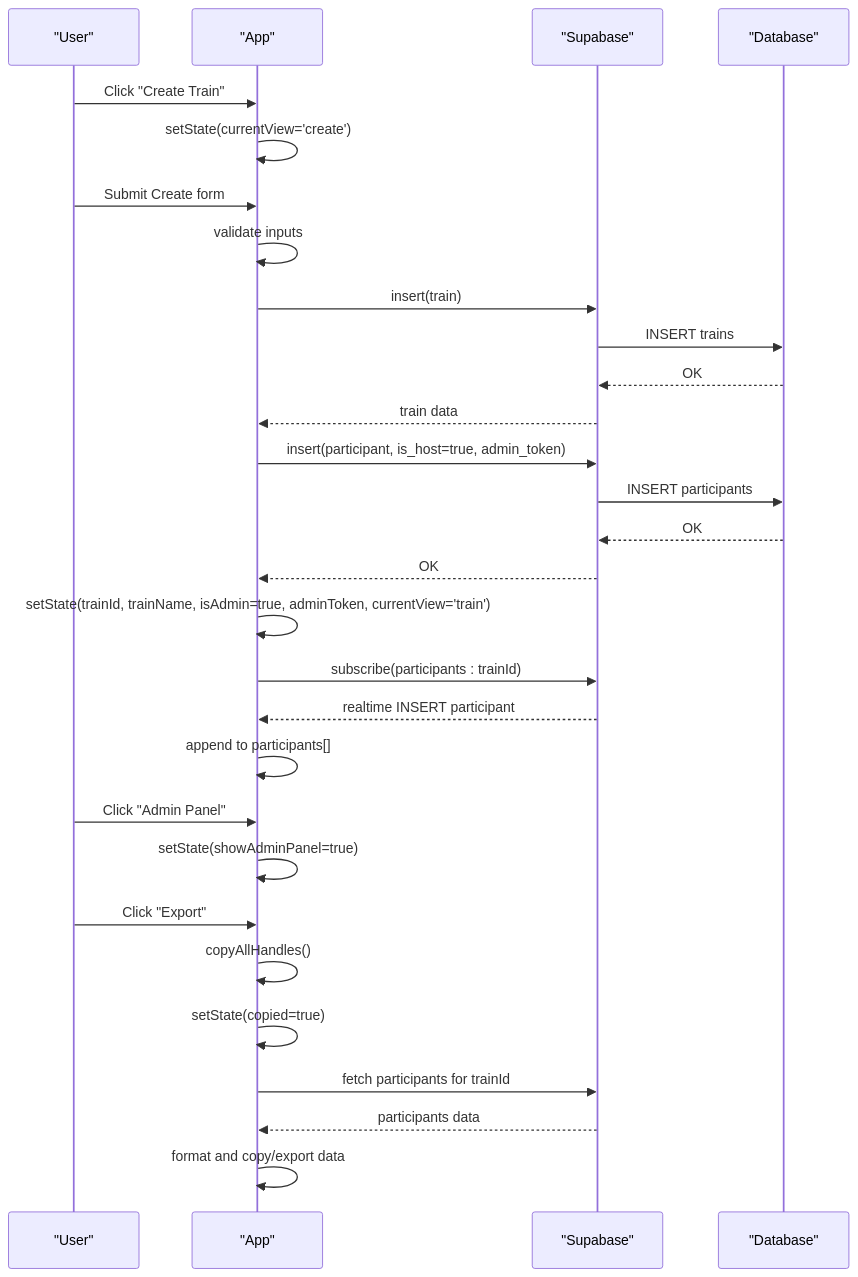
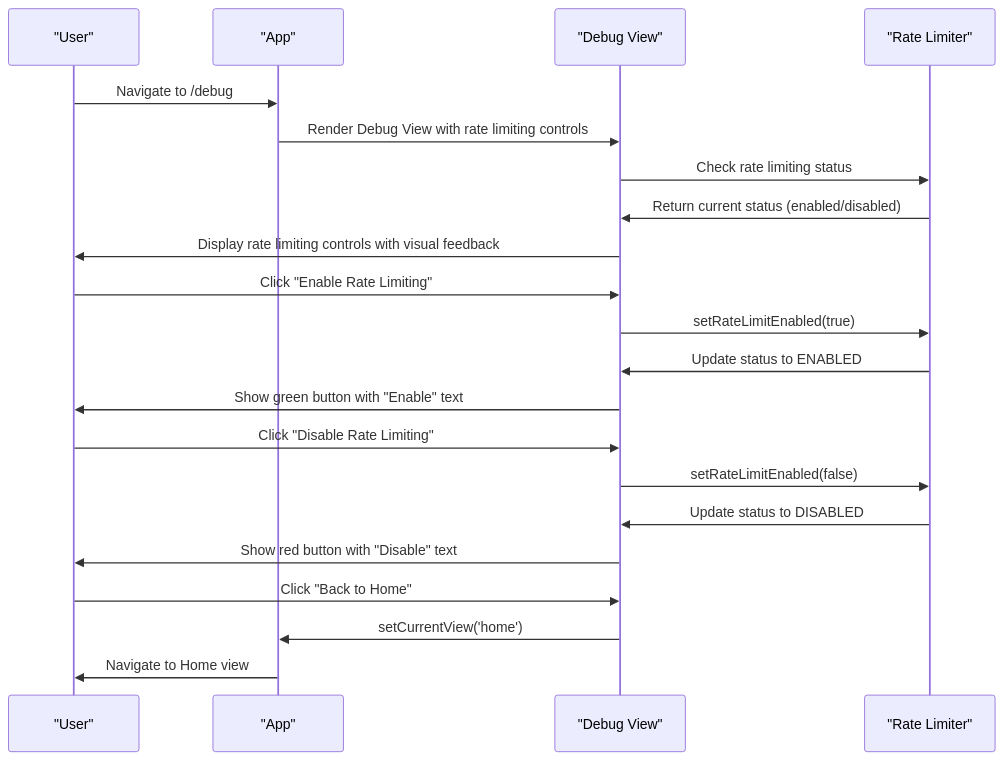
The second of 4 diagrams in .qoder/repowiki/en/content/User Interface & Components.md (TheBooleanJulian/followtrain-v2), drawn with Mermaid before and after one commit. The commit also changed other lines of this file and 202 other files, not shown here.

Commit message:
Implement admin token persistence and recovery system

````diff
--- a/.qoder/repowiki/en/content/User Interface & Components.md
+++ b/.qoder/repowiki/en/content/User Interface & Components.md
@@ -101,31 +132,23 @@
 ```mermaid
 sequenceDiagram
 participant U as "User"
 participant A as "App"
-participant S as "Supabase"
-participant D as "Database"
-U->>A : Click "Create Train"
-A->>A : setState(currentView='create')
-U->>A : Submit Create form
-A->>A : validate inputs
-A->>S : insert(train)
-S->>D : INSERT trains
-D-->>S : OK
-S-->>A : train data
-A->>S : insert(participant, is_host=true, admin_token)
-S->>D : INSERT participants
-D-->>S : OK
-S-->>A : OK
-A->>A : setState(trainId, trainName, isAdmin=true, adminToken, currentView='train')
-A->>S : subscribe(participants : trainId)
-S-->>A : realtime INSERT participant
-A->>A : append to participants[]
-U->>A : Click "Admin Panel"
-A->>A : setState(showAdminPanel=true)
-U->>A : Click "Export"
-A->>A : copyAllHandles()
-A->>A : setState(copied=true)
-A->>S : fetch participants for trainId
-S-->>A : participants data
-A->>A : format and copy/export data
+participant D as "Debug View"
+participant RL as "Rate Limiter"
+U->>A : Navigate to /debug
+A->>D : Render Debug View with rate limiting controls
+D->>RL : Check rate limiting status
+RL->>D : Return current status (enabled/disabled)
+D->>U : Display rate limiting controls with visual feedback
+U->>D : Click "Enable Rate Limiting"
+D->>RL : setRateLimitEnabled(true)
+RL->>D : Update status to ENABLED
+D->>U : Show green button with "Enable" text
+U->>D : Click "Disable Rate Limiting"
+D->>RL : setRateLimitEnabled(false)
+RL->>D : Update status to DISABLED
+D->>U : Show red button with "Disable" text
+U->>D : Click "Back to Home"
+D->>A : setCurrentView('home')
+A->>U : Navigate to Home view
 ```
````
